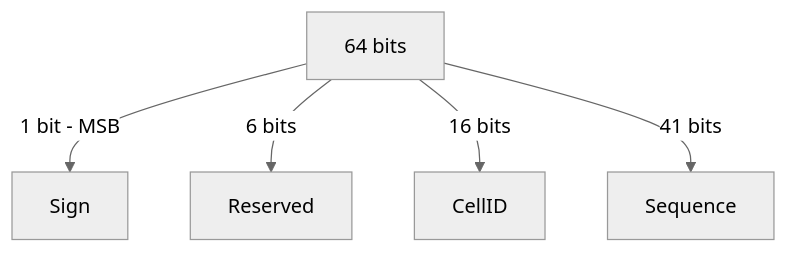
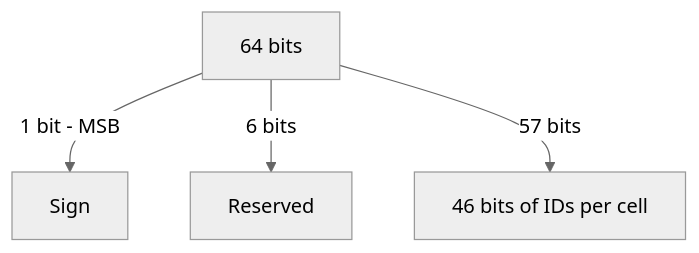
The second of 9 diagrams in content/handbook/engineering/architecture/design-documents/cells/topology_service.md (zalyoung/gitlab-handbook), drawn with Mermaid (neutral theme) before and after one commit. The commit also changed other lines of this file, not shown here.

Commit message:
Updates cell's sequence range calculation

````diff
--- a/content/handbook/engineering/architecture/design-documents/cells/topology_service.md
+++ b/content/handbook/engineering/architecture/design-documents/cells/topology_service.md
@@ -136,7 +136,6 @@
 ```mermaid
 graph TD
   A[64 bits] --> |1 bit - MSB| B[Sign]
   A -->|6 bits| C[Reserved]
-  A -->|16 bits| D[CellID]
-  A -->|41 bits| E[Sequence]
+  A -->|57 bits| D[46 bits of IDs per cell]
 ```
````
